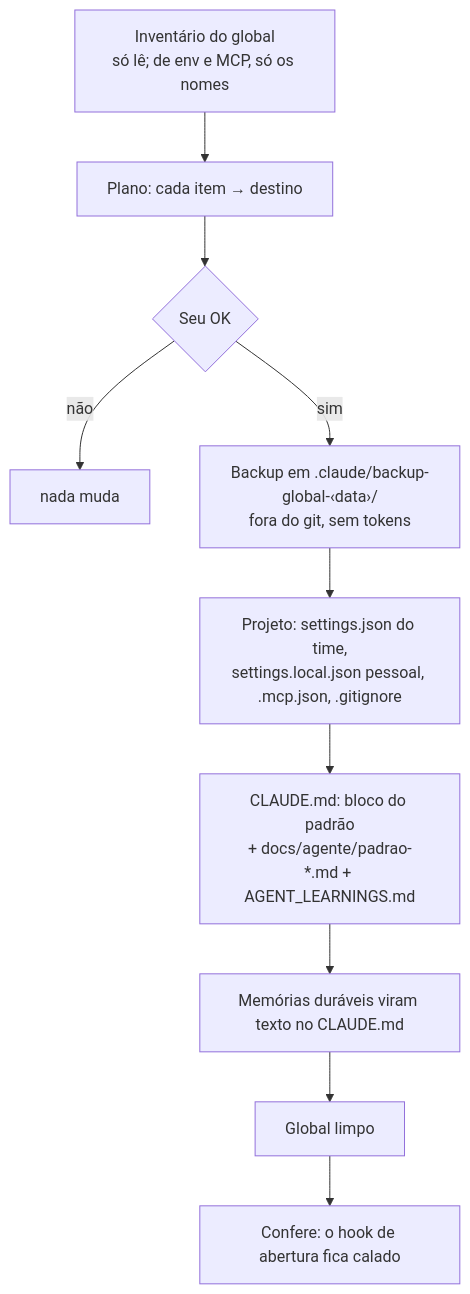
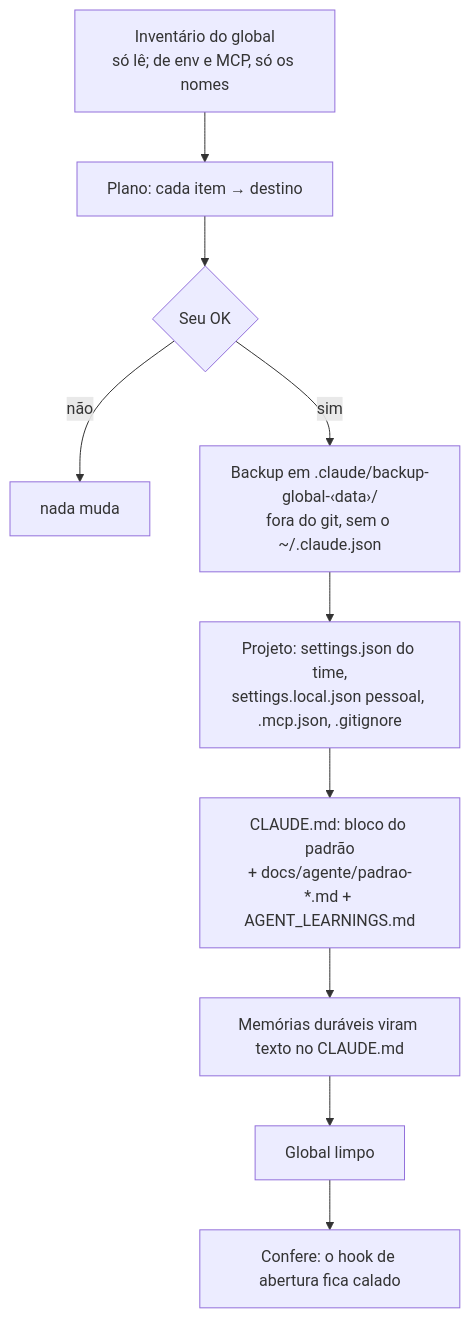
The second of 5 diagrams in README.md (Kortek-Tecnologia/claude-padrao), drawn with Mermaid before and after one commit. The commit also changed other lines of this file and 8 other files, not shown here.

````diff
--- a/README.md
+++ b/README.md
@@ -54,12 +54,12 @@
 ```mermaid
 flowchart TD
   A["Inventário do global<br/>só lê; de env e MCP, só os nomes"] --> B["Plano: cada item → destino"]
   B --> C{"Seu OK"}
   C -->|"não"| Z["nada muda"]
-  C -->|"sim"| D["Backup em .claude/backup-global-‹data›/<br/>fora do git, sem tokens"]
+  C -->|"sim"| D["Backup em .claude/backup-global-‹data›/<br/>fora do git, sem o ~/.claude.json"]
   D --> E["Projeto: settings.json do time,<br/>settings.local.json pessoal, .mcp.json, .gitignore"]
   E --> F["CLAUDE.md: bloco do padrão<br/>+ docs/agente/padrao-*.md + AGENT_LEARNINGS.md"]
   F --> G["Memórias duráveis viram texto no CLAUDE.md"]
   G --> H["Global limpo"]
   H --> V["Confere: o hook de abertura fica calado"]
 ```
````
